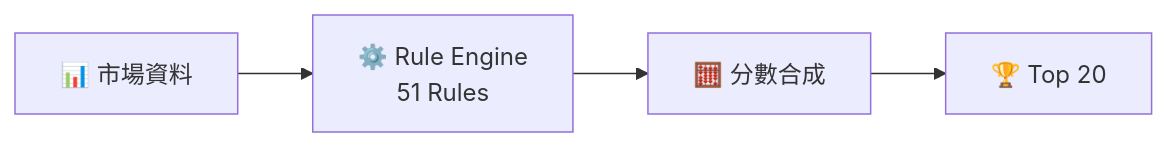
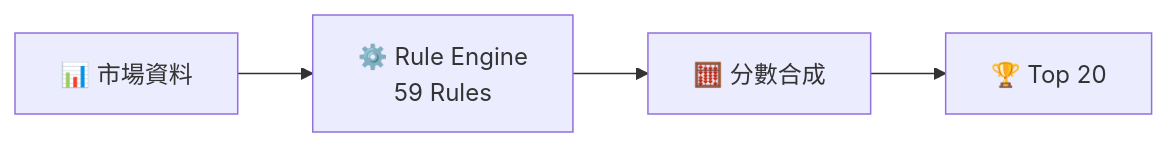
Before and after one commit to Neal75418/afterclose: the first of 3 diagrams in docs/RULE_ENGINE.md, drawn with Mermaid. The commit also changed other lines of this file and 2 other files, not shown here.

````diff
--- a/docs/RULE_ENGINE.md
+++ b/docs/RULE_ENGINE.md
@@ -9,6 +9,6 @@
 ```mermaid
 flowchart LR
-    Data["📊 市場資料"] --> Engine["⚙️ Rule Engine<br/>51 Rules"]
+    Data["📊 市場資料"] --> Engine["⚙️ Rule Engine<br/>59 Rules"]
     Engine --> Score["🧮 分數合成"]
     Score --> Top["🏆 Top 20"]
 ```
````
